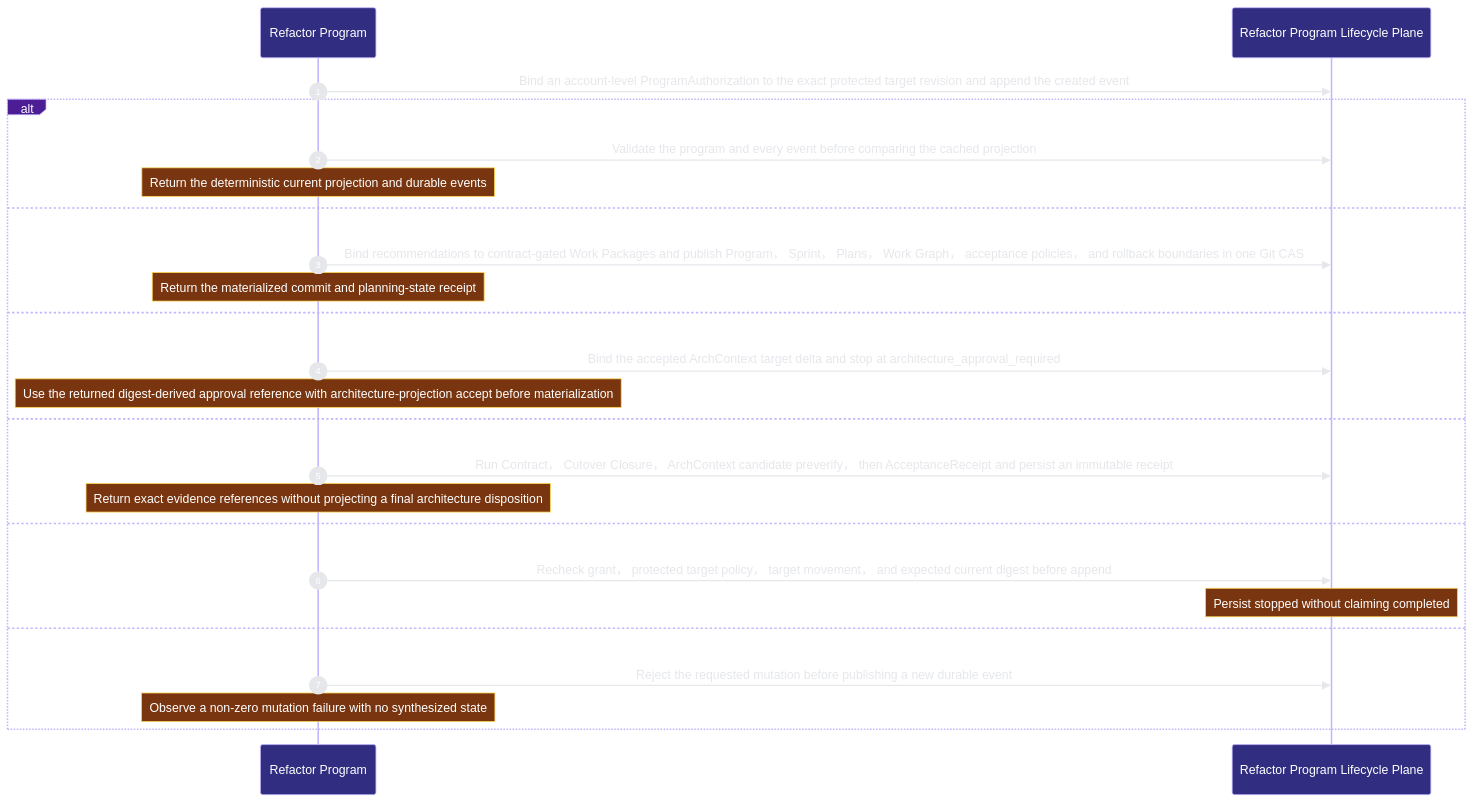
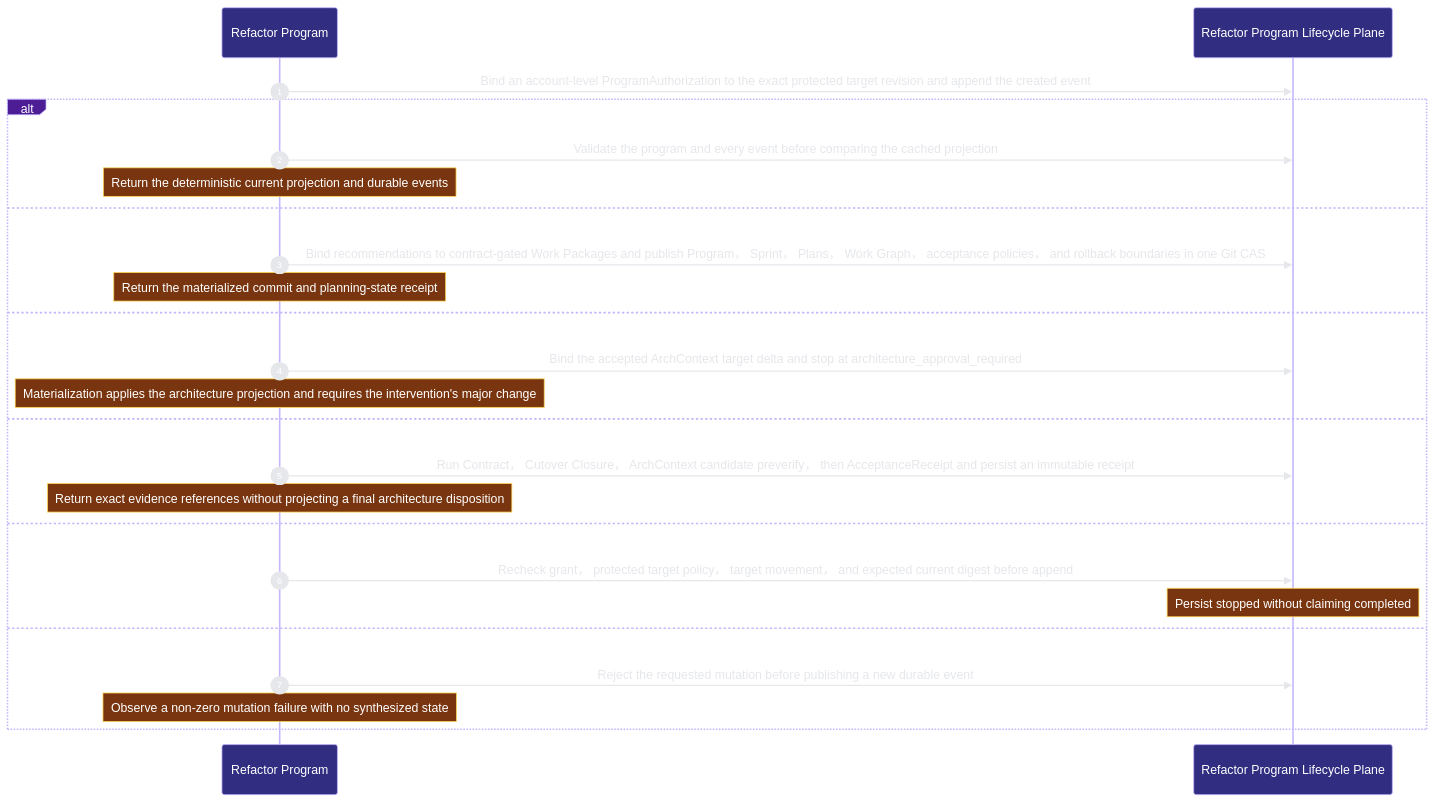
One commit to Ancienttwo/repo-harness changed the third of 3 diagrams in docs/architecture/modules/runtime-harness/refactor-program.md. Above: the diagram before and after it, drawn with Mermaid. The commit also changed other lines of this file and 16 other files, not shown here.

First line of the commit message:
docs(architecture): project the hook route dispatch flow

````diff
--- a/docs/architecture/modules/runtime-harness/refactor-program.md
+++ b/docs/architecture/modules/runtime-harness/refactor-program.md
@@ -85,27 +85,27 @@
 ```mermaid
 %%{init: {"theme":"base","themeVariables":{"background":"#0d1117","actorBkg":"#312e81","actorBorder":"#c4b5fd","actorTextColor":"#ffffff","signalColor":"#e5e7eb","signalTextColor":"#e5e7eb","labelBoxBkgColor":"#4c1d95","labelBoxBorderColor":"#c4b5fd","labelTextColor":"#ffffff","noteBkgColor":"#78350f","noteBorderColor":"#fcd34d","noteTextColor":"#ffffff","sequenceNumberColor":"#ffffff"}}}%%
 sequenceDiagram
   autonumber
   participant p2_operator_97b83da8 as Refactor Program
   participant p2_program_store_c54d7d72 as Refactor Program Lifecycle Plane
   p2_operator_97b83da8->>p2_program_store_c54d7d72: Bind an account-level ProgramAuthorization to the exact protected target revision and append the created event
   alt Rebuild current state from the immutable event chain
   p2_operator_97b83da8->>p2_program_store_c54d7d72: Validate the program and every event before comparing the cached projection
     Note over p2_operator_97b83da8: Return the deterministic current projection and durable events
   else Publish one exact Refactor Program execution graph atomically
   p2_operator_97b83da8->>p2_program_store_c54d7d72: Bind recommendations to contract-gated Work Packages and publish Program， Sprint， Plans， Work Graph， acceptance policies， and rollback boundaries in one Git CAS
     Note over p2_operator_97b83da8: Return the materialized commit and planning-state receipt
   else Route architecture-scale work through the existing human projection acceptance authority
   p2_operator_97b83da8->>p2_program_store_c54d7d72: Bind the accepted ArchContext target delta and stop at architecture_approval_required
-    Note over p2_operator_97b83da8: Use the returned digest-derived approval reference with architecture-projection accept before materialization
+    Note over p2_operator_97b83da8: Materialization applies the architecture projection and requires the intervention's major change
   else Verify an exact candidate through all four gates in fixed order
   p2_operator_97b83da8->>p2_program_store_c54d7d72: Run Contract， Cutover Closure， ArchContext candidate preverify， then AcceptanceReceipt and persist an immutable receipt
     Note over p2_operator_97b83da8: Return exact evidence references without projecting a final architecture disposition
   else Append an explicit stopped terminal transition
   p2_operator_97b83da8->>p2_program_store_c54d7d72: Recheck grant， protected target policy， target movement， and expected current digest before append
     Note over p2_program_store_c54d7d72: Persist stopped without claiming completed
   else Off mode， shadow-forbidden work， stale authority， moved target， or conflicting replay fails closed
   p2_operator_97b83da8->>p2_program_store_c54d7d72: Reject the requested mutation before publishing a new durable event
     Note over p2_operator_97b83da8: Observe a non-zero mutation failure with no synthesized state
   end
 ```
````
